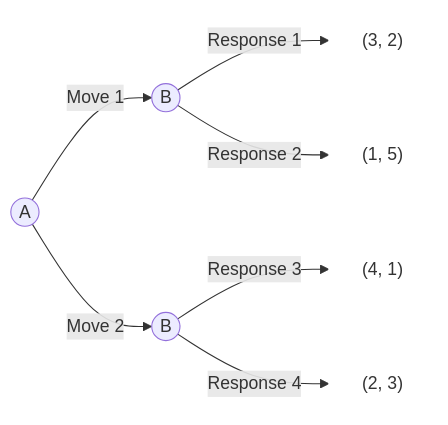
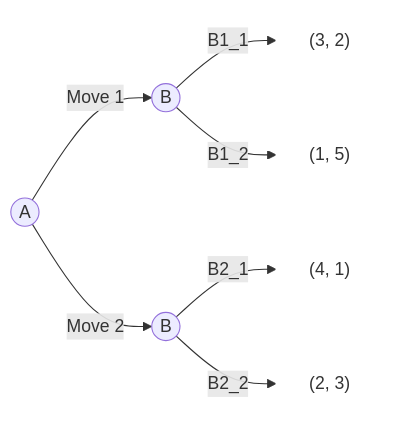
The second of 2 diagrams in lecture-notes/06-dynamic-game.md (tpemartin/113-1-AI-Game), drawn with Mermaid before and after one commit. The commit also changed other lines of this file, not shown here.

````diff
--- a/lecture-notes/06-dynamic-game.md
+++ b/lecture-notes/06-dynamic-game.md
@@ -123,14 +74,14 @@
 ```mermaid
 flowchart LR
     A1((A)) --> |Move 1| B1((B))
     A1 --> |Move 2| B2((B))
 
-    B1 --> |Response 1| R1["(3, 2)"]
-    B1 --> |Response 2| R2["(1, 5)"]
+    B1 --> |B1_1| R1["(3, 2)"]
+    B1 --> |B1_2| R2["(1, 5)"]
     
-    B2 --> |Response 3| R3["(4, 1)"]
-    B2 --> |Response 4| R4["(2, 3)"]
+    B2 --> |B2_1| R3["(4, 1)"]
+    B2 --> |B2_2| R4["(2, 3)"]
 
     classDef whiteFill fill:#ffffff,stroke:#ffffff;
     class R1,R2,R3,R4 whiteFill;
 ```
````
